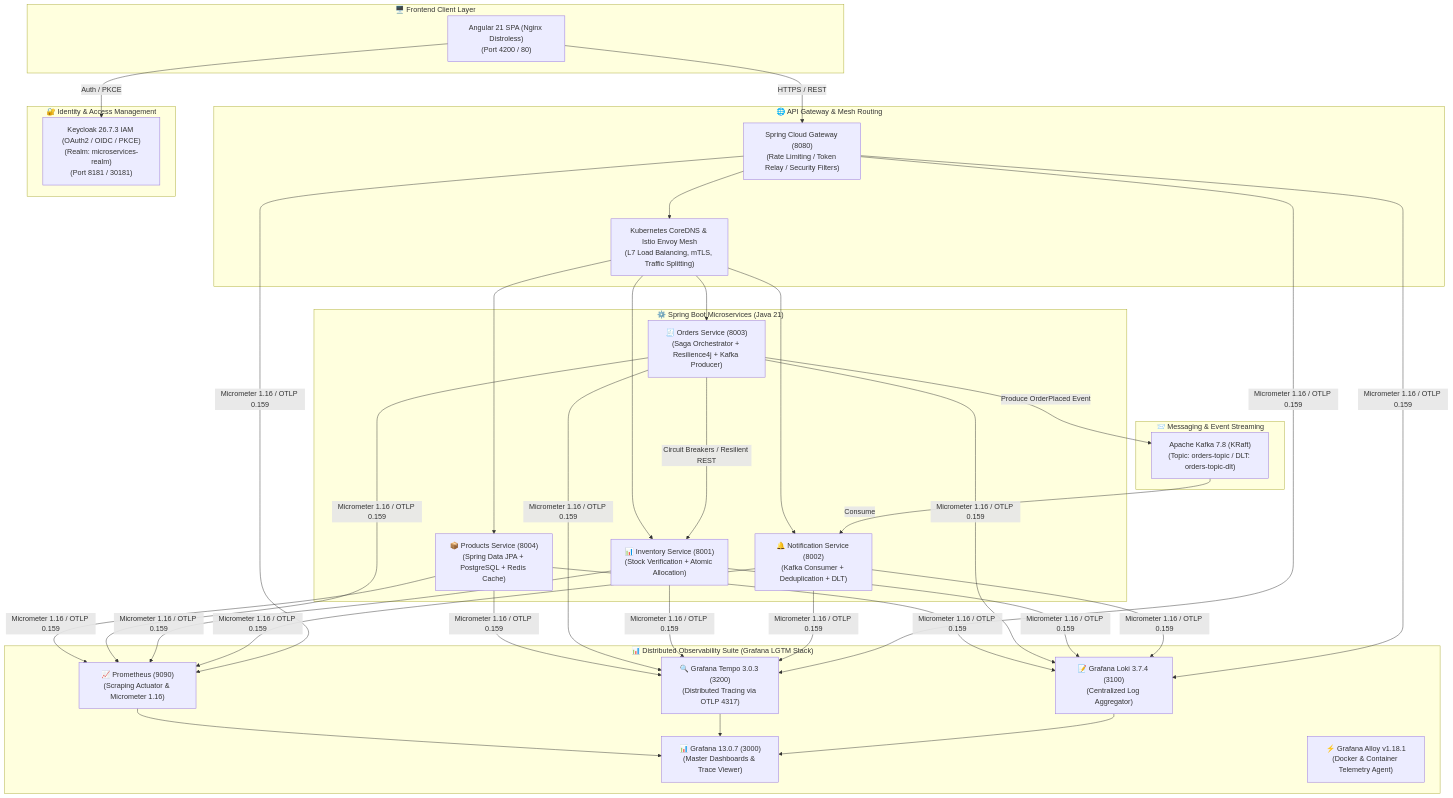
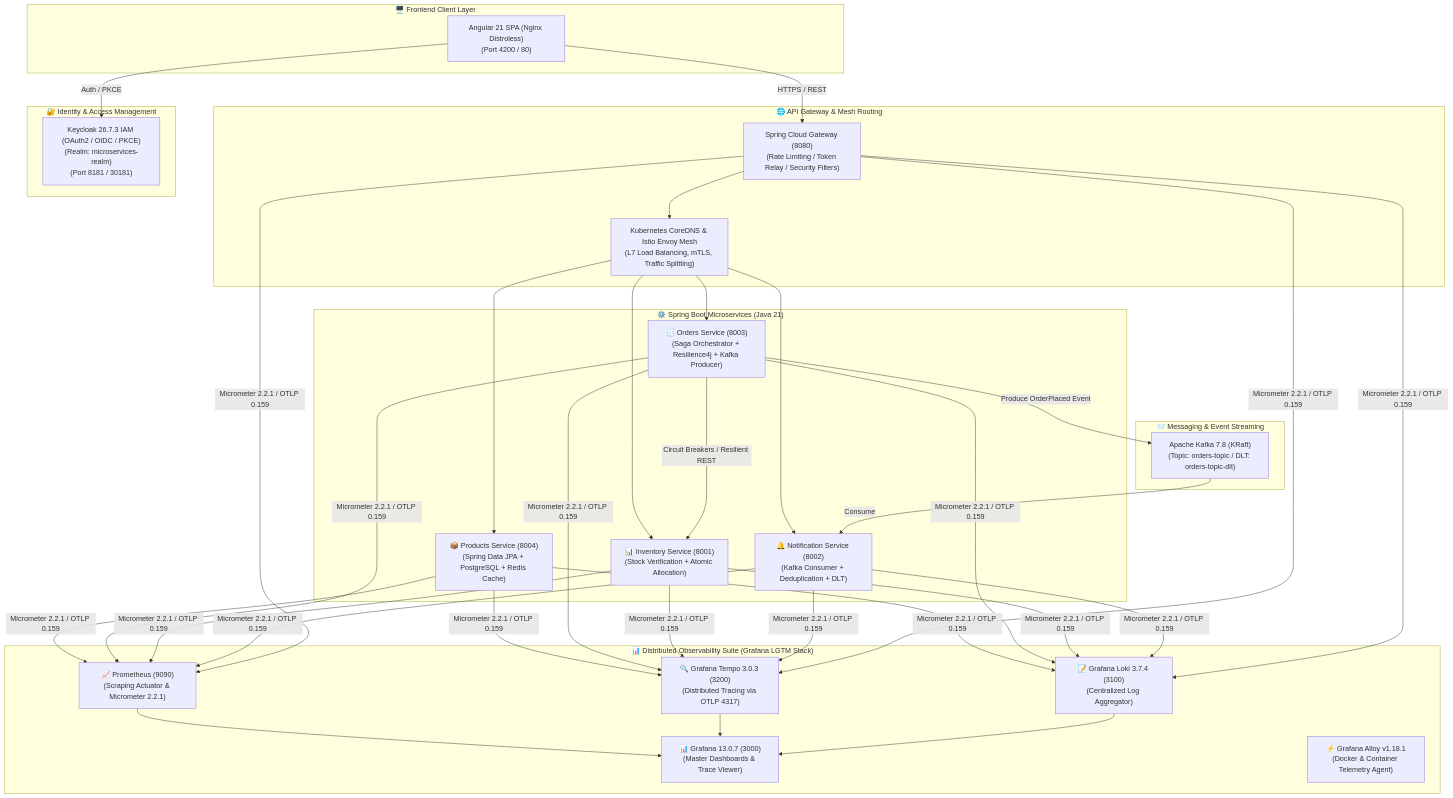
The first of 8 diagrams in README.md (GeorgeGxx/microservices-architecture), drawn with Mermaid before and after one commit. The commit also changed other lines of this file and 1 other file, not shown here.

````diff
--- a/README.md
+++ b/README.md
@@ -28,49 +28,49 @@
 ```mermaid
 graph TB
     subgraph ClientLayer ["🖥️ Frontend Client Layer"]
         SPA["Angular 21 SPA (Nginx Distroless)<br/>(Port 4200 / 80)"]
     end
 
     subgraph EdgeLayer ["🌐 API Gateway & Mesh Routing"]
         APIGW["Spring Cloud Gateway (8080)<br/>(Rate Limiting / Token Relay / Security Filters)"]
         Mesh["Kubernetes CoreDNS & Istio Envoy Mesh<br/>(L7 Load Balancing, mTLS, Traffic Splitting)"]
     end
 
     subgraph SecurityLayer ["🔐 Identity & Access Management"]
         Keycloak["Keycloak 26.7.3 IAM (OAuth2 / OIDC / PKCE)<br/>(Realm: microservices-realm)<br/>(Port 8181 / 30181)"]
     end
 
     subgraph ServiceLayer ["⚙️ Spring Boot Microservices (Java 21)"]
         Products["📦 Products Service (8004)<br/>(Spring Data JPA + PostgreSQL + Redis Cache)"]
         Orders["🧾 Orders Service (8003)<br/>(Saga Orchestrator + Resilience4j + Kafka Producer)"]
         Inventory["📊 Inventory Service (8001)<br/>(Stock Verification + Atomic Allocation)"]
         Notifications["🔔 Notification Service (8002)<br/>(Kafka Consumer + Deduplication + DLT)"]
     end
 
     subgraph EventLayer ["📨 Messaging & Event Streaming"]
         Kafka["Apache Kafka 7.8 (KRaft)<br/>(Topic: orders-topic / DLT: orders-topic-dlt)"]
     end
 
     subgraph ObservabilityLayer ["📊 Distributed Observability Suite (Grafana LGTM Stack)"]
-        Prometheus["📈 Prometheus (9090)<br/>(Scraping Actuator & Micrometer 1.16)"]
+        Prometheus["📈 Prometheus (9090)<br/>(Scraping Actuator & Micrometer 2.2.1)"]
         Grafana["📊 Grafana 13.0.7 (3000)<br/>(Master Dashboards & Trace Viewer)"]
         Tempo["🔍 Grafana Tempo 3.0.3 (3200)<br/>(Distributed Tracing via OTLP 4317)"]
         Loki["📝 Grafana Loki 3.7.4 (3100)<br/>(Centralized Log Aggregator)"]
         Alloy["⚡ Grafana Alloy v1.18.1<br/>(Docker & Container Telemetry Agent)"]
     end
 
     SPA -->|HTTPS / REST| APIGW
     SPA -->|Auth / PKCE| Keycloak
     APIGW --> Mesh
     Mesh --> Products
     Mesh --> Orders
     Mesh --> Inventory
     Mesh --> Notifications
 
     Orders -->|Circuit Breakers / Resilient REST| Inventory
     Orders -->|Produce OrderPlaced Event| Kafka
     Kafka -->|Consume| Notifications
 
-    Products & Orders & Inventory & Notifications & APIGW -->|Micrometer 1.16 / OTLP 0.159| Prometheus & Tempo & Loki
+    Products & Orders & Inventory & Notifications & APIGW -->|Micrometer 2.2.1 / OTLP 0.159| Prometheus & Tempo & Loki
     Prometheus & Tempo & Loki --> Grafana
 ```
````
